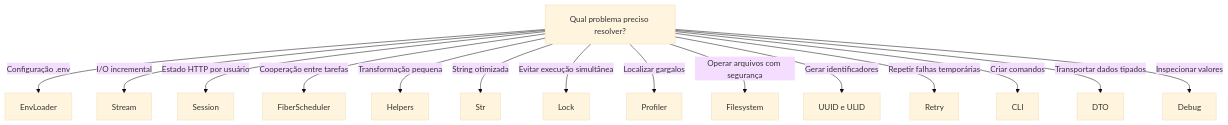
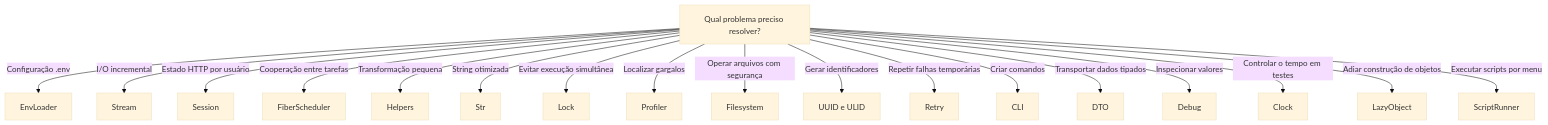
Before and after one commit to omegaalfa/Utils: the diagram in README.md, drawn with Mermaid (base theme). The commit also changed other lines of this file and 20 other files, not shown here.

Commit message:
feat(utils): add ScriptRunner, Clock and LazyObject modules

````diff
--- a/README.md
+++ b/README.md
@@ -60,18 +63,21 @@
 ```mermaid
 flowchart TD
     A[Qual problema preciso resolver?]
     A -->|Configuração .env| B[EnvLoader]
     A -->|I/O incremental| C[Stream]
     A -->|Estado HTTP por usuário| D[Session]
     A -->|Cooperação entre tarefas| E[FiberScheduler]
     A -->|Transformação pequena| F[Helpers]
     A -->|String otimizada| G[Str]
     A -->|Evitar execução simultânea| H[Lock]
     A -->|Localizar gargalos| I[Profiler]
     A -->|Operar arquivos com segurança| J[Filesystem]
     A -->|Gerar identificadores| K[UUID e ULID]
     A -->|Repetir falhas temporárias| L[Retry]
     A -->|Criar comandos| M[CLI]
     A -->|Transportar dados tipados| N[DTO]
     A -->|Inspecionar valores| O[Debug]
+    A -->|Controlar o tempo em testes| P[Clock]
+    A -->|Adiar construção de objetos| Q[LazyObject]
+    A -->|Executar scripts por menu| R[ScriptRunner]
 ```
````
